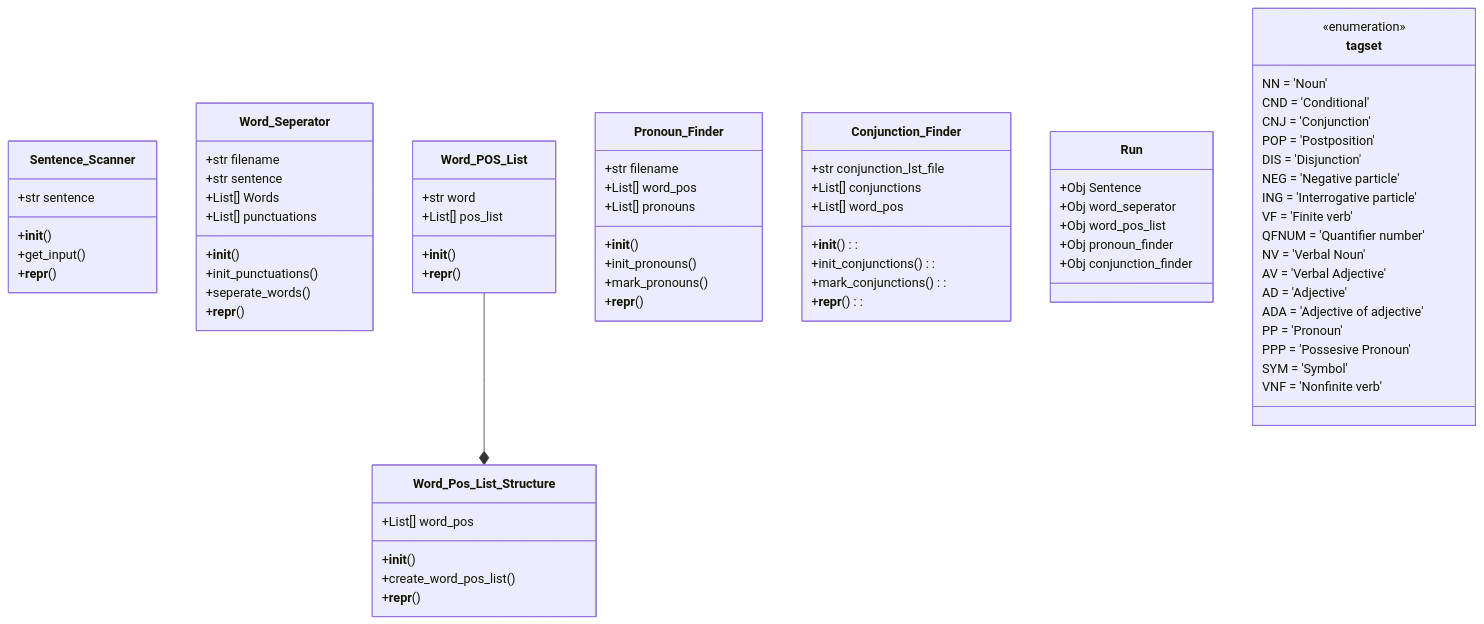
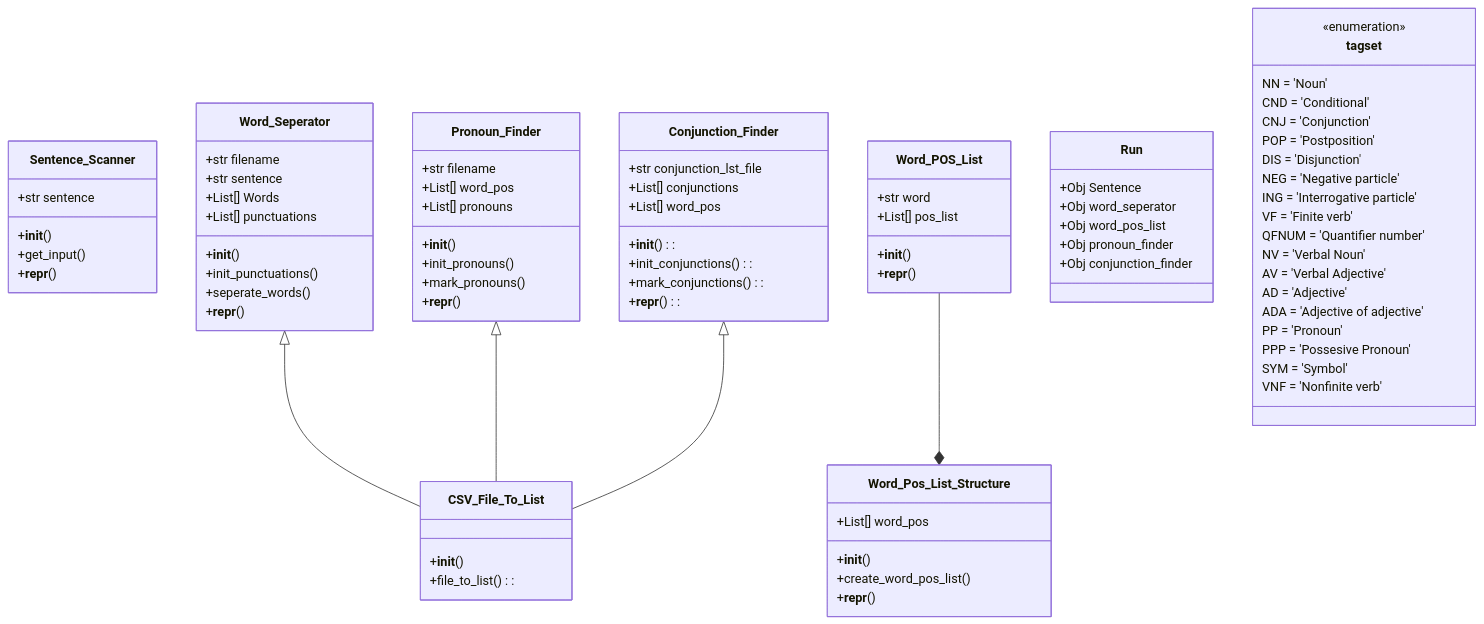
One commit to masnm/POS-tagging changed the first of 2 diagrams in src/README.md. Above: the diagram before and after it, drawn with Mermaid. The commit also changed 10 other files, not shown here.

Commit message:
CSV_File_To_List class introduced. This class is introduced to reduce the code repetations.

```diff
--- a/src/README.md
+++ b/src/README.md
@@ -19,6 +19,8 @@
 		+seperate_words ()
 		+__repr__ ()
 	}
+	Word_Seperator <|-- CSV_File_To_List
+
 	class Word_POS_List {
 		+str word
 		+List[] pos_list
@@ -40,6 +42,8 @@
 		+mark_pronouns ()
 		+__repr__ ()
 	}
+	Pronoun_Finder <|-- CSV_File_To_List
+
 	class Conjunction_Finder {
 		+str conjunction_lst_file
 		+List[] conjunctions
@@ -49,6 +53,7 @@
 		+mark_conjunctions ():
 		+__repr__ ():
 	}
+	Conjunction_Finder <|-- CSV_File_To_List
 
 	Word_POS_List --* Word_Pos_List_Structure
 
@@ -58,6 +63,11 @@
 		+Obj word_pos_list
 		+Obj pronoun_finder
 		+Obj conjunction_finder
+	}
+
+	class CSV_File_To_List {
+		+__init__ ()
+		+file_to_list ():
 	}
 
 	class tagset {
```
